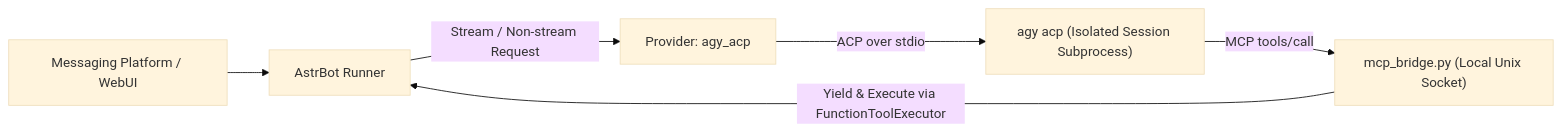
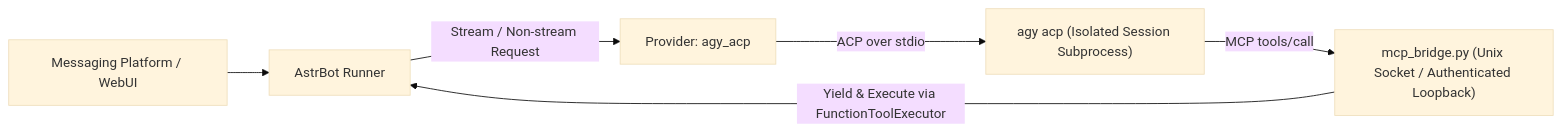
The diagram in README.md (sl251/astrbot_plugin_antigravity_acp), drawn with Mermaid (base theme) before and after one commit. The commit also changed other lines of this file and 23 other files, not shown here.

Commit message:
feat: harden ACP sessions and add authenticated Windows MCP bridge

````diff
--- a/README.md
+++ b/README.md
@@ -155,8 +158,8 @@
 ```mermaid
 flowchart LR
   U[Messaging Platform / WebUI] --> R[AstrBot Runner]
   R -->|Stream / Non-stream Request| P[Provider: agy_acp]
   P -->|ACP over stdio| A["agy acp (Isolated Session Subprocess)"]
-  A -->|MCP tools/call| B["mcp_bridge.py (Local Unix Socket)"]
+  A -->|MCP tools/call| B["mcp_bridge.py (Unix Socket / Authenticated Loopback)"]
   B -->|Yield & Execute via FunctionToolExecutor| R
 ```
````
